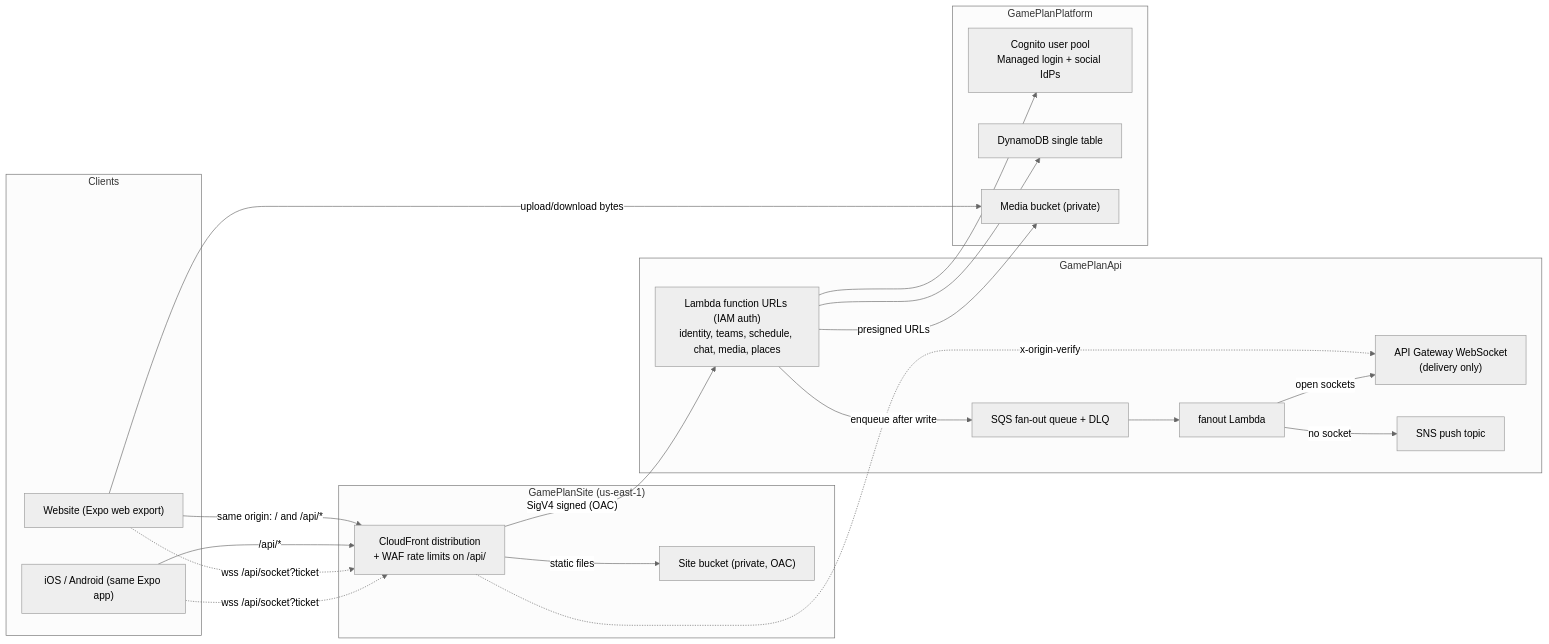
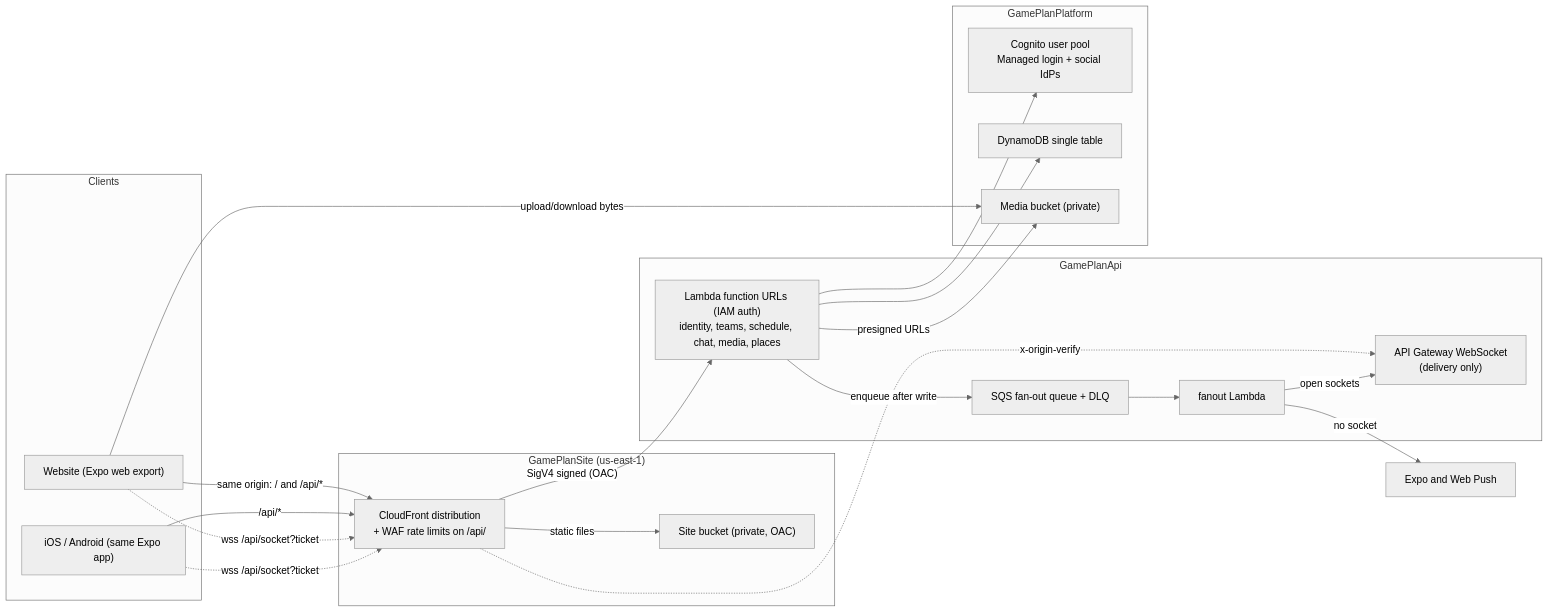
Before and after one commit to kmedara/game-plan: the diagram in docs/ARCHITECTURE.md, drawn with Mermaid (neutral theme). The commit also changed other lines of this file and 5 other files, not shown here.

First line of the commit message:
refactor(fanout): remove the unused SNS push topic

````diff
--- a/docs/ARCHITECTURE.md
+++ b/docs/ARCHITECTURE.md
@@ -65,42 +65,41 @@
 ```mermaid
 flowchart LR
   subgraph Clients
     Web["Website (Expo web export)"]
     Native["iOS / Android (same Expo app)"]
   end
 
   subgraph Edge["GamePlanSite (us-east-1)"]
     CF["CloudFront distribution<br/>+ WAF rate limits on /api/"]
     S3Site["Site bucket (private, OAC)"]
   end
 
   subgraph Api["GamePlanApi"]
     URLs["Lambda function URLs (IAM auth)<br/>identity, teams, schedule, chat, media, places"]
     WS["API Gateway WebSocket<br/>(delivery only)"]
     Queue["SQS fan-out queue + DLQ"]
     Fanout["fanout Lambda"]
-    SNS["SNS push topic"]
   end
 
   subgraph Platform["GamePlanPlatform"]
     Cognito["Cognito user pool<br/>Managed login + social IdPs"]
     Ddb["DynamoDB single table"]
     Media["Media bucket (private)"]
   end
 
   Web -->|"same origin: / and /api/*"| CF
   Native -->|"/api/*"| CF
   CF -->|"static files"| S3Site
   CF -->|"SigV4 signed (OAC)"| URLs
   Web -. "wss /api/socket?ticket" .-> CF
   Native -. "wss /api/socket?ticket" .-> CF
   CF -. "x-origin-verify" .-> WS
   URLs --> Ddb
   URLs -->|"enqueue after write"| Queue
   Queue --> Fanout
   Fanout -->|"open sockets"| WS
-  Fanout -->|"no socket"| SNS
+  Fanout -->|"no socket"| ExpoWeb["Expo and Web Push"]
   URLs -->|"presigned URLs"| Media
   Web -->|"upload/download bytes"| Media
   URLs --> Cognito
 ```
````
